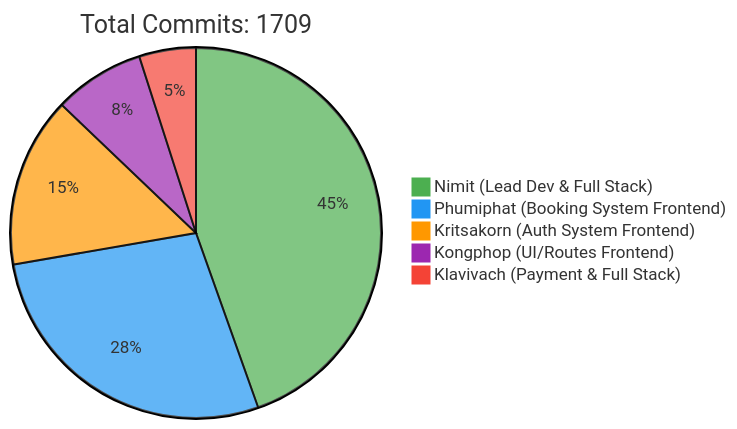
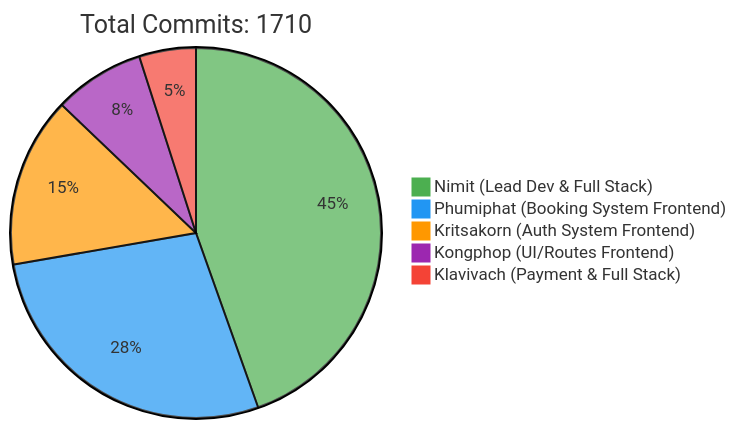
One commit to 6531503042/Sport-Complex changed the first of 2 diagrams in README.md. Above: the diagram before and after it, drawn with Mermaid. The commit also changed other lines of this file, not shown here.

Commit message:
docs: Update contributor statistics [skip ci]

````diff
--- a/README.md
+++ b/README.md
@@ -257,10 +257,10 @@
 ```mermaid
 %%{init: {'theme': 'base', 'themeVariables': { 'pie1': '#4CAF50', 'pie2': '#2196F3', 'pie3': '#FF9800', 'pie4': '#9C27B0', 'pie5': '#F44336'}}}%%
 pie
-    title Total Commits: 1709
+    title Total Commits: 1710
     "Nimit (Lead Dev & Full Stack)" : 450
     "Phumiphat (Booking System Frontend)" : 280
     "Kritsakorn (Auth System Frontend)" : 150
     "Kongphop (UI/Routes Frontend)" : 80
     "Klavivach (Payment & Full Stack)" : 50
 ```
````
